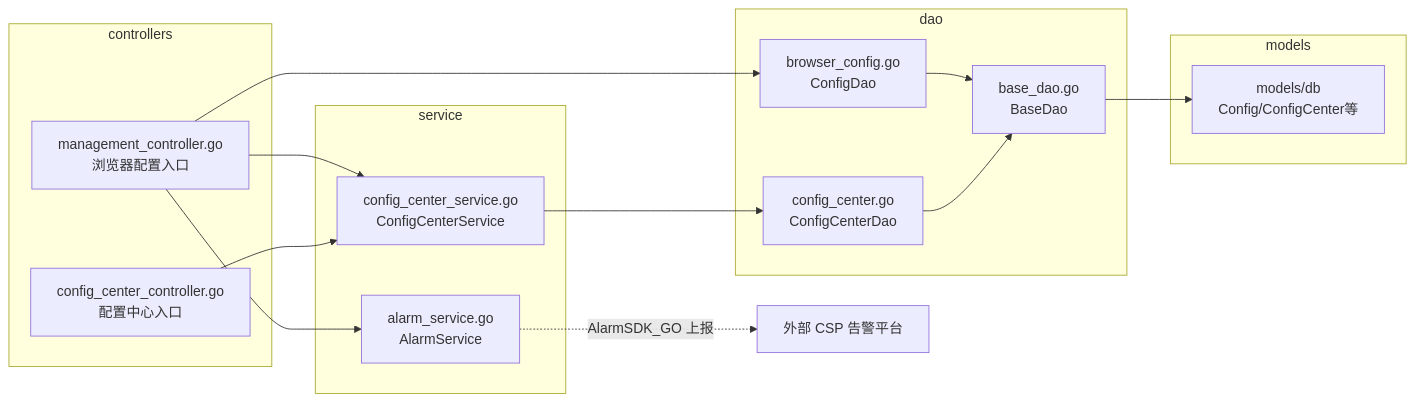
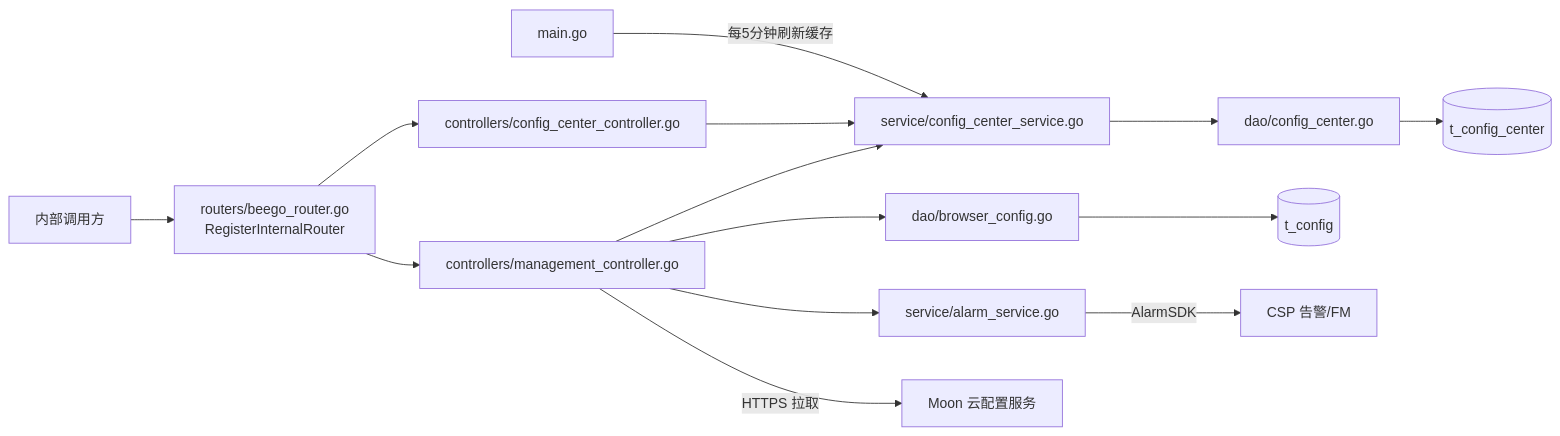
Before and after one commit to CoreGeekASTL/AIAction: the second of 5 diagrams in docs/story/feature-config-manage.md, drawn with Mermaid. The commit also changed other lines of this file and 6 other files, not shown here.

````diff
--- a/docs/story/feature-config-manage.md
+++ b/docs/story/feature-config-manage.md
@@ -73,28 +55,16 @@
 ```mermaid
 graph LR
-    subgraph controllers
-        MC[management_controller.go<br/>浏览器配置入口]
-        CCC[config_center_controller.go<br/>配置中心入口]
-    end
-    subgraph service
-        CCS[config_center_service.go<br/>ConfigCenterService]
-        AS[alarm_service.go<br/>AlarmService]
-    end
-    subgraph dao
-        BCD[browser_config.go<br/>ConfigDao]
-        CCD[config_center.go<br/>ConfigCenterDao]
-        BD[base_dao.go<br/>BaseDao]
-    end
-    subgraph models
-        MDB[models/db<br/>Config/ConfigCenter等]
-    end
-    MC --> CCS
-    MC --> AS
-    MC --> BCD
-    CCC --> CCS
-    CCS --> CCD
-    BCD --> BD
-    CCD --> BD
-    BD --> MDB
-    AS -.->|AlarmSDK_GO 上报| EXT[外部 CSP 告警平台]
+  Caller[内部调用方] --> Router[routers/beego_router.go<br/>RegisterInternalRouter]
+  Router --> MC[controllers/management_controller.go]
+  Router --> CC[controllers/config_center_controller.go]
+  MC --> CCS[service/config_center_service.go]
+  MC --> AL[service/alarm_service.go]
+  MC --> CD[dao/browser_config.go]
+  CC --> CCS
+  CCS --> CCD[dao/config_center.go]
+  CD --> DB[(t_config)]
+  CCD --> DB2[(t_config_center)]
+  MC -->|HTTPS 拉取| Moon[Moon 云配置服务]
+  AL -->|AlarmSDK| FM[CSP 告警/FM]
+  Main[main.go] -->|每5分钟刷新缓存| CCS
 ```
````
